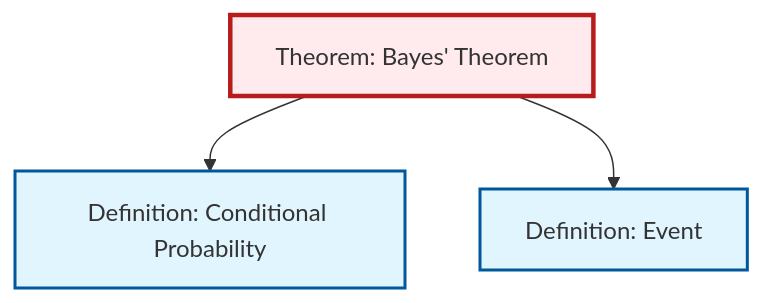
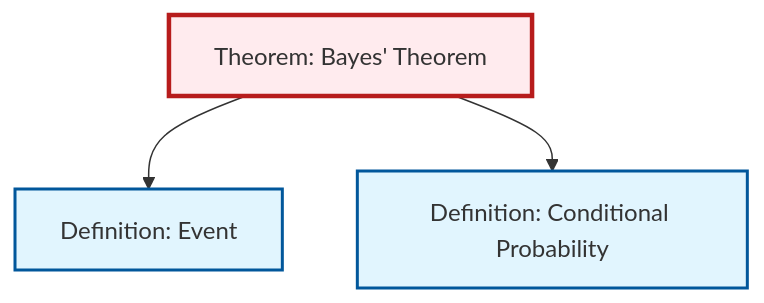
One commit to RK0429/ModernMath changed the diagram in content/ja/probability-statistics/thm-bayes.qmd. Above: the diagram before and after it, drawn with Mermaid. The commit also changed other lines of this file and 581 other files, not shown here.

````diff
--- a/content/ja/probability-statistics/thm-bayes.qmd
+++ b/content/ja/probability-statistics/thm-bayes.qmd
@@ -89,17 +89,17 @@
 ```{mermaid}
 %%| fig-cap: "Local dependency graph"
 graph TD
     classDef definition fill:#e1f5fe,stroke:#01579b,stroke-width:2px
     classDef theorem fill:#f3e5f5,stroke:#4a148c,stroke-width:2px
     classDef axiom fill:#fff3e0,stroke:#e65100,stroke-width:2px
     classDef example fill:#e8f5e9,stroke:#1b5e20,stroke-width:2px
     classDef current fill:#ffebee,stroke:#b71c1c,stroke-width:3px
+    def-conditional-probability["Definition: Conditional Probability"]:::definition
+    thm-bayes["Theorem: Bayes' Theorem"]:::theorem
     def-event["Definition: Event"]:::definition
-    thm-bayes["Theorem: Bayes' Theorem"]:::theorem
-    def-conditional-probability["Definition: Conditional Probability"]:::definition
+    thm-bayes --> def-event
     thm-bayes --> def-conditional-probability
-    thm-bayes --> def-event
     class thm-bayes current
+    click def-conditional-probability "def-conditional-probability.html" "Definition: Conditional Probabilityへ"
     click def-event "def-event.html" "Definition: Eventへ"
-    click def-conditional-probability "def-conditional-probability.html" "Definition: Conditional Probabilityへ"
 ```
````
